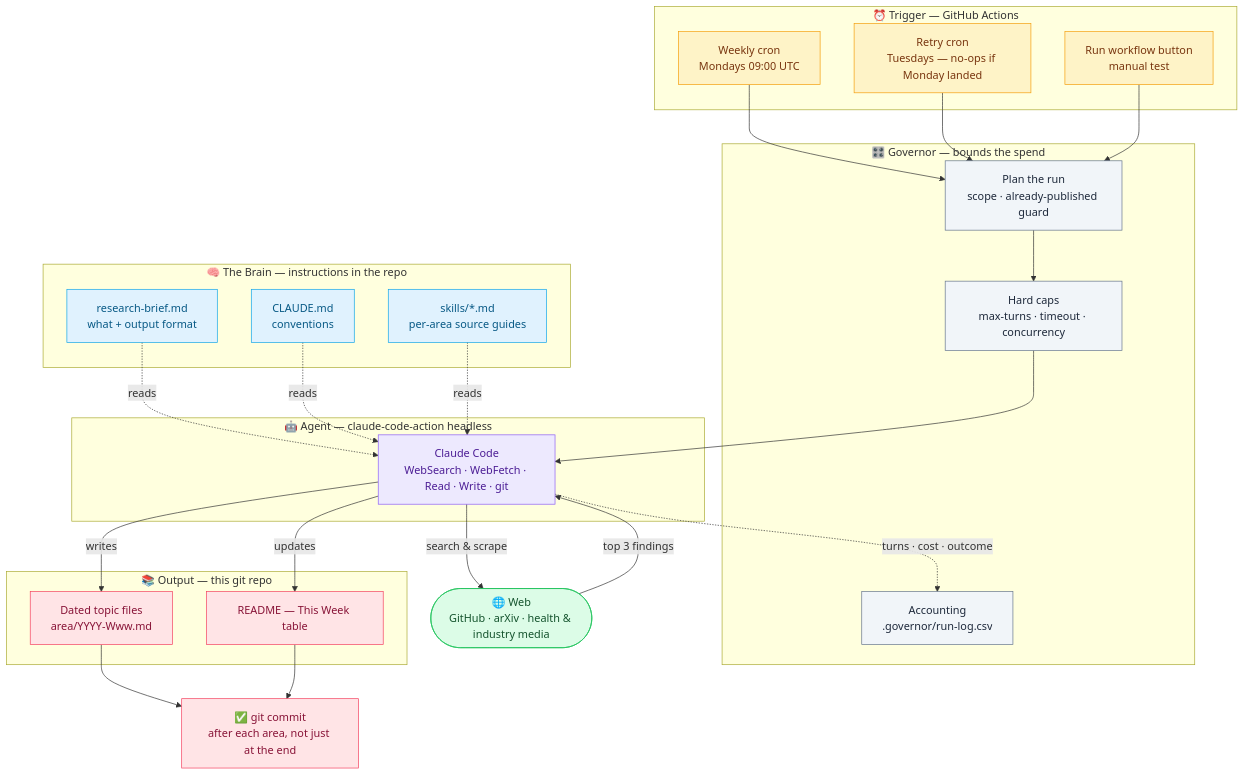
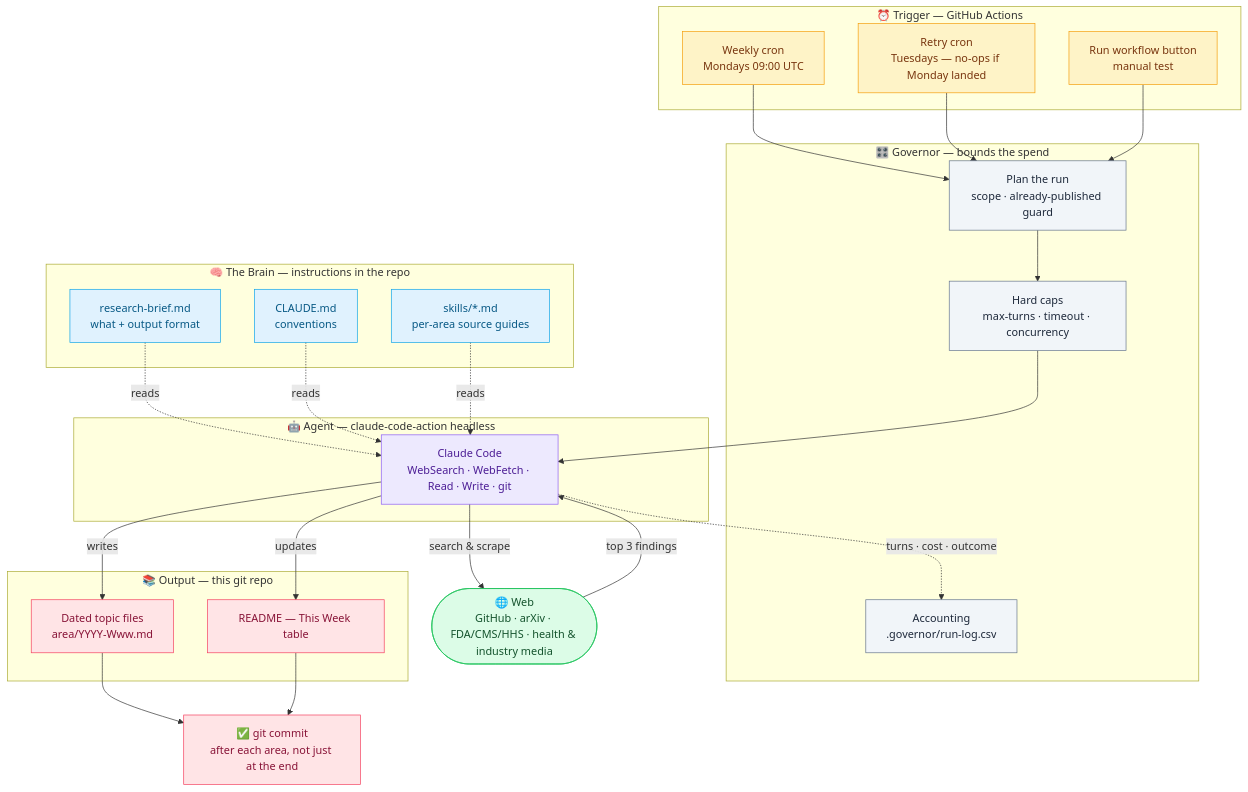
Before and after one commit to mnaye/mai_pkb: the diagram in README.md, drawn with Mermaid. The commit also changed other lines of this file and 2 other files, not shown here.

````diff
--- a/README.md
+++ b/README.md
@@ -76,61 +76,61 @@
 ```mermaid
 flowchart TD
     subgraph TRIGGER["⏰ Trigger — GitHub Actions"]
         CRON["Weekly cron<br/>Mondays 09:00 UTC"]
         RETRY["Retry cron<br/>Tuesdays — no-ops if Monday landed"]
         MANUAL["Run workflow button<br/>manual test"]
     end
 
     subgraph GOV["🎛️ Governor — bounds the spend"]
         PLAN["Plan the run<br/>scope · already-published guard"]
         CAPS["Hard caps<br/>max-turns · timeout · concurrency"]
         LOG["Accounting<br/>.governor/run-log.csv"]
     end
 
     subgraph AGENT["🤖 Agent — claude-code-action headless"]
         CLAUDE["Claude Code<br/>WebSearch · WebFetch · Read · Write · git"]
     end
 
     subgraph BRAIN["🧠 The Brain — instructions in the repo"]
         BRIEF["research-brief.md<br/>what + output format"]
         CONV["CLAUDE.md<br/>conventions"]
         SKILLS["skills/*.md<br/>per-area source guides"]
     end
 
-    WEB(["🌐 Web<br/>GitHub · arXiv · health &amp; industry media"])
+    WEB(["🌐 Web<br/>GitHub · arXiv · FDA/CMS/HHS · health &amp; industry media"])
 
     subgraph OUTPUT["📚 Output — this git repo"]
         FILES["Dated topic files<br/>area/YYYY-Www.md"]
         README["README — This Week table"]
     end
 
     CRON --> PLAN
     RETRY --> PLAN
     MANUAL --> PLAN
     PLAN --> CAPS
     CAPS --> CLAUDE
     BRIEF -.reads.-> CLAUDE
     CONV -.reads.-> CLAUDE
     SKILLS -.reads.-> CLAUDE
     CLAUDE -->|"search &amp; scrape"| WEB
     WEB -->|"top 3 findings"| CLAUDE
     CLAUDE -->|"writes"| FILES
     CLAUDE -->|"updates"| README
     FILES --> COMMIT["✅ git commit<br/>after each area, not just at the end"]
     README --> COMMIT
     CLAUDE -.turns · cost · outcome.-> LOG
 
     classDef trig fill:#fef3c7,stroke:#f59e0b,stroke-width:1px,color:#78350f;
     classDef agent fill:#ede9fe,stroke:#8b5cf6,stroke-width:1px,color:#4c1d95;
     classDef brain fill:#e0f2fe,stroke:#0ea5e9,stroke-width:1px,color:#075985;
     classDef web fill:#dcfce7,stroke:#22c55e,stroke-width:1px,color:#14532d;
     classDef out fill:#ffe4e6,stroke:#f43f5e,stroke-width:1px,color:#881337;
     classDef gov fill:#f1f5f9,stroke:#64748b,stroke-width:1px,color:#1e293b;
 
     class CRON,RETRY,MANUAL trig;
     class PLAN,CAPS,LOG gov;
     class CLAUDE agent;
     class BRIEF,CONV,SKILLS brain;
     class WEB web;
     class FILES,README,COMMIT out;
 ```
````
